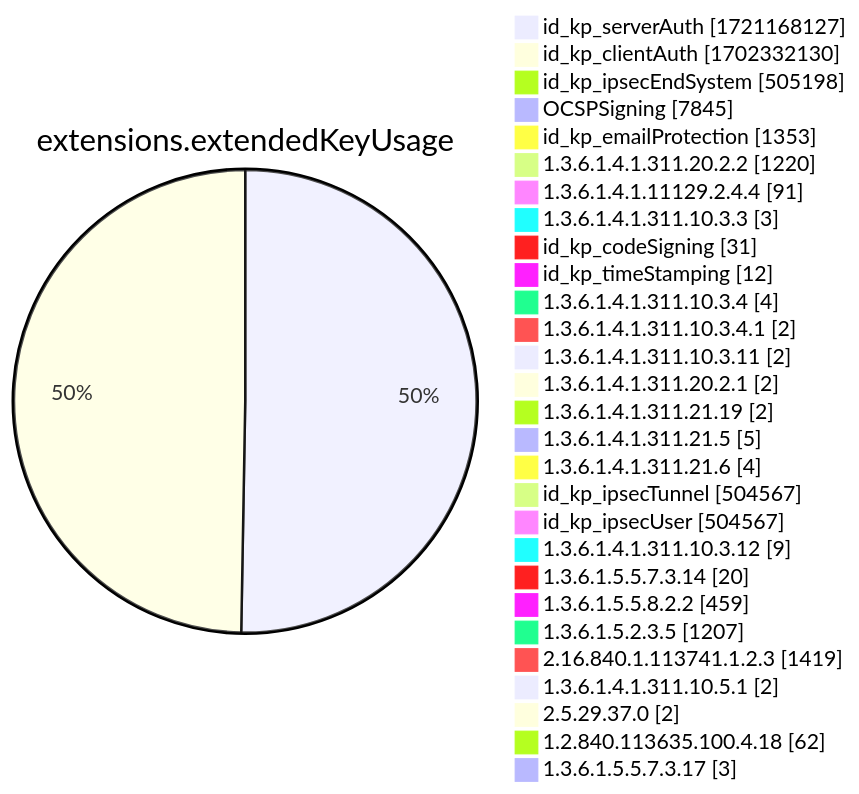
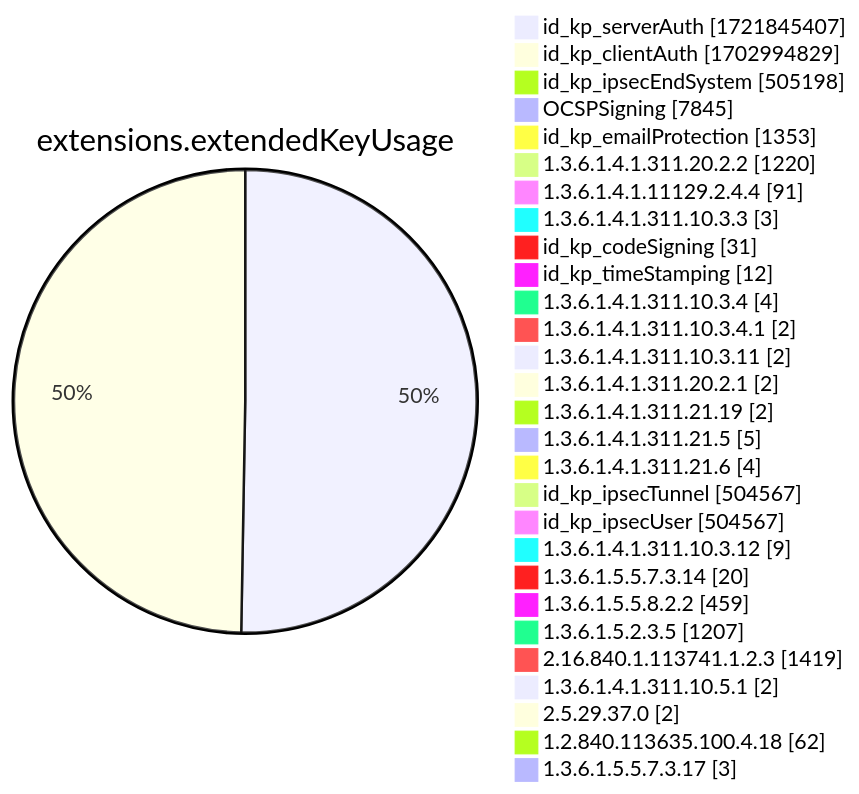
Diagram 12 of 15 in xenon2022/README.md (christiankrug/ctmonitor_visualization), drawn with Mermaid before and after one commit. The commit also changed other lines of this file, not shown here.

````diff
--- a/xenon2022/README.md
+++ b/xenon2022/README.md
@@ -3889,32 +3889,32 @@
 ```mermaid
 pie showData
 title extensions.extendedKeyUsage
-"id_kp_serverAuth" :1721168127
-"id_kp_clientAuth" :1702332130
+"id_kp_serverAuth" :1721845407
+"id_kp_clientAuth" :1702994829
 "id_kp_ipsecEndSystem" :505198
 "OCSPSigning" :7845
 "id_kp_emailProtection" :1353
 "1.3.6.1.4.1.311.20.2.2" :1220
 "1.3.6.1.4.1.11129.2.4.4" :91
 "1.3.6.1.4.1.311.10.3.3" :3
 "id_kp_codeSigning" :31
 "id_kp_timeStamping" :12
 "1.3.6.1.4.1.311.10.3.4" :4
 "1.3.6.1.4.1.311.10.3.4.1" :2
 "1.3.6.1.4.1.311.10.3.11" :2
 "1.3.6.1.4.1.311.20.2.1" :2
 "1.3.6.1.4.1.311.21.19" :2
 "1.3.6.1.4.1.311.21.5" :5
 "1.3.6.1.4.1.311.21.6" :4
 "id_kp_ipsecTunnel" :504567
 "id_kp_ipsecUser" :504567
 "1.3.6.1.4.1.311.10.3.12" :9
 "1.3.6.1.5.5.7.3.14" :20
 "1.3.6.1.5.5.8.2.2" :459
 "1.3.6.1.5.2.3.5" :1207
 "2.16.840.1.113741.1.2.3" :1419
 "1.3.6.1.4.1.311.10.5.1" :2
 "2.5.29.37.0" :2
 "1.2.840.113635.100.4.18" :62
 "1.3.6.1.5.5.7.3.17" :3
 ```
````
